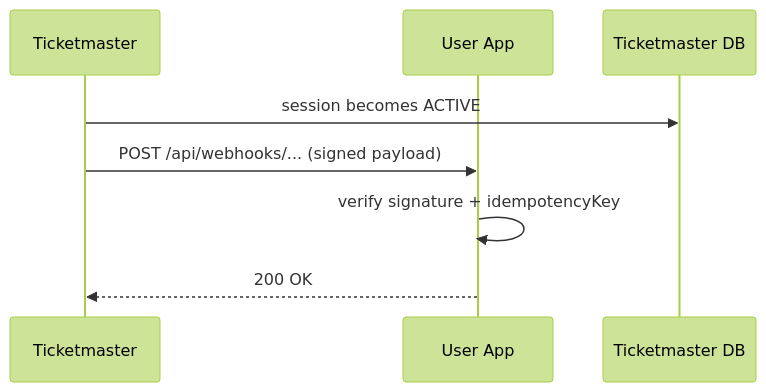
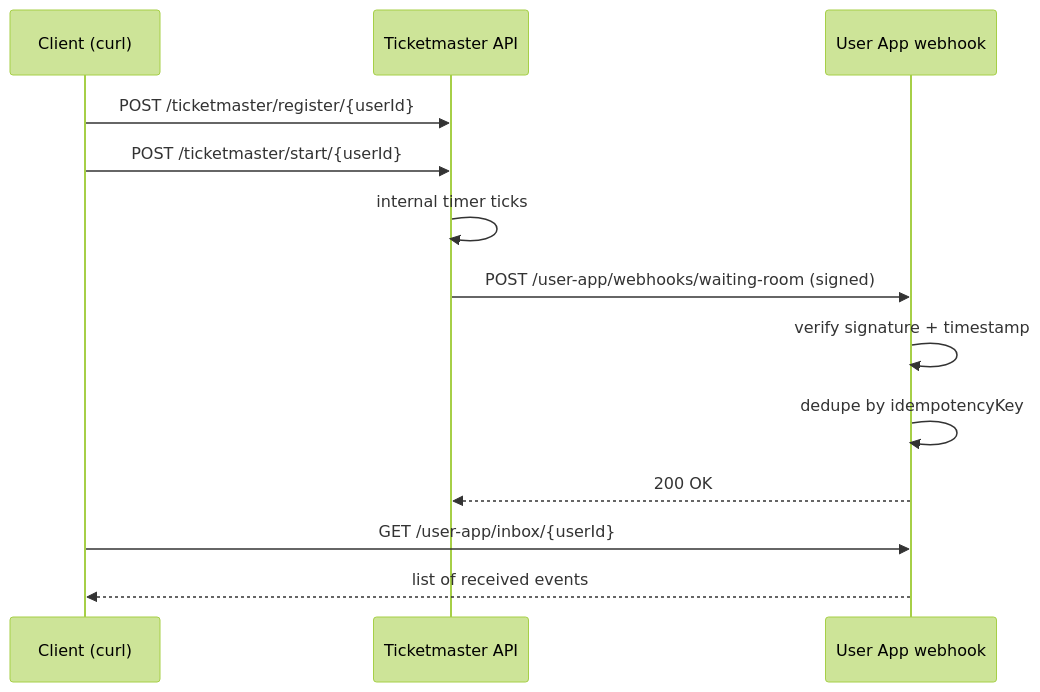
The diagram in ticketmaster/tech-notifications/webhook/README.md (ShalomDeitch1/examples), drawn with Mermaid (forest theme) before and after one commit. The commit also changed other lines of this file and 96 other files, not shown here.

````diff
--- a/ticketmaster/tech-notifications/webhook/README.md
+++ b/ticketmaster/tech-notifications/webhook/README.md
@@ -37,11 +88,16 @@
 ```mermaid
 sequenceDiagram
-  participant TM as Ticketmaster
-  participant UA as User App
-  participant DB as Ticketmaster DB
+  participant C as Client (curl)
+  participant TM as Ticketmaster API
+  participant UA as User App webhook
 
-  TM->>DB: session becomes ACTIVE
-  TM->>UA: POST /api/webhooks/... (signed payload)
-  UA->>UA: verify signature + idempotencyKey
+  C->>TM: POST /ticketmaster/register/{userId}
+  C->>TM: POST /ticketmaster/start/{userId}
+  TM->>TM: internal timer ticks
+  TM->>UA: POST /user-app/webhooks/waiting-room (signed)
+  UA->>UA: verify signature + timestamp
+  UA->>UA: dedupe by idempotencyKey
   UA-->>TM: 200 OK
+  C->>UA: GET /user-app/inbox/{userId}
+  UA-->>C: list of received events
 ```
````
